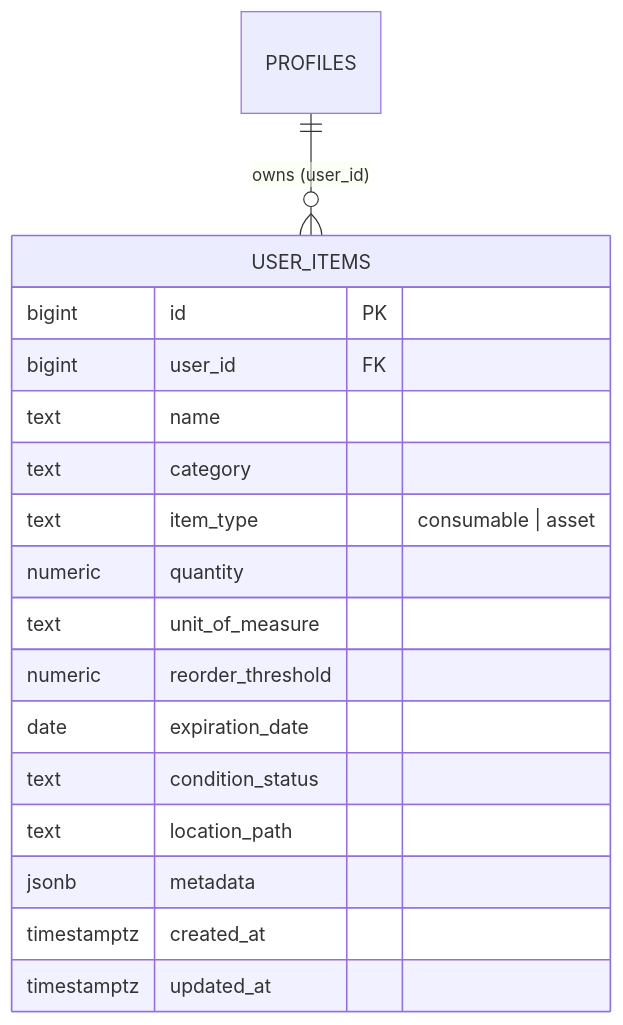
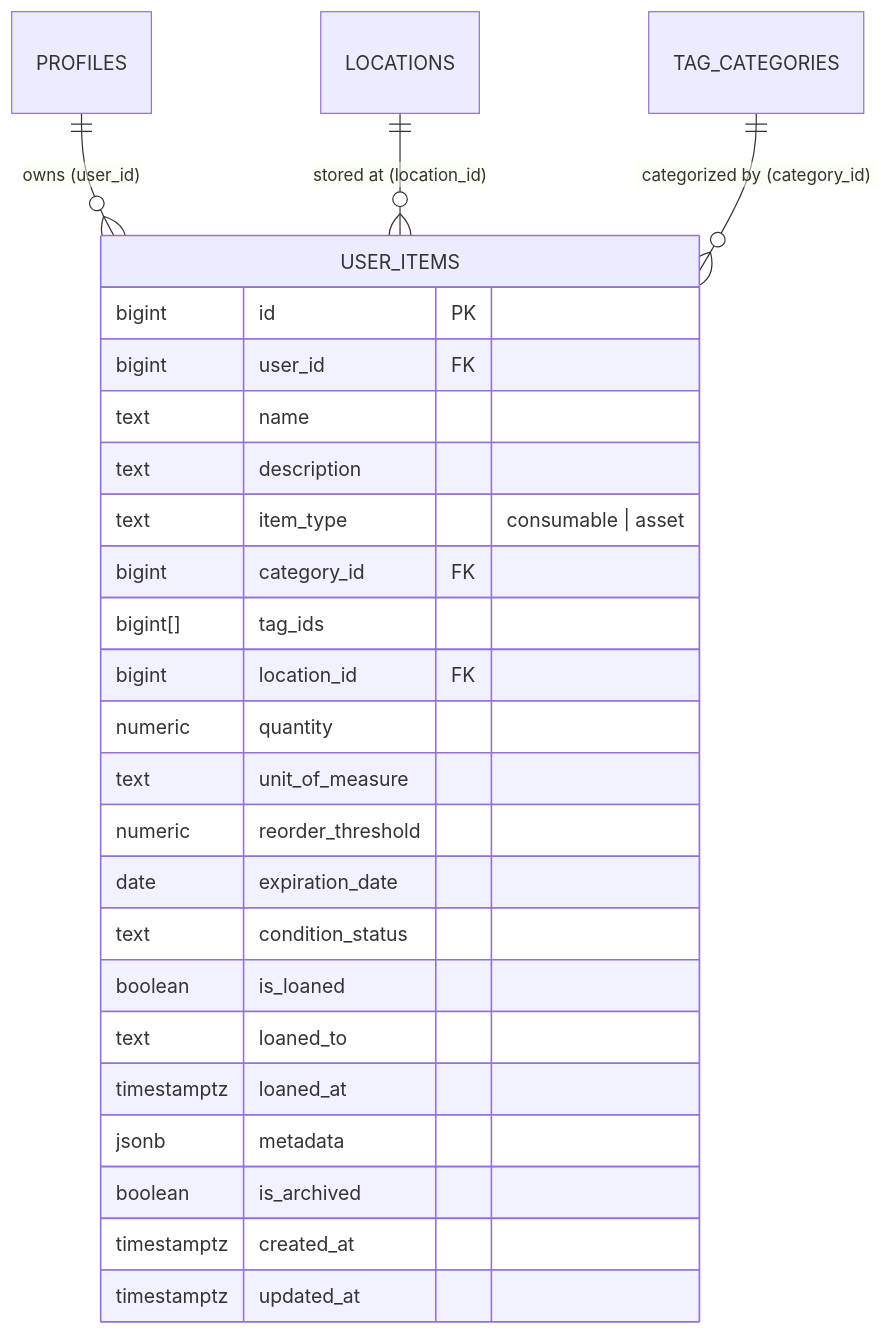
One commit to marceldavidbaroi/The-Commons changed the second of 2 diagrams in docs/features/homeops/spec.md. Above: the diagram before and after it, drawn with Mermaid. The commit also changed other lines of this file and 23 other files, not shown here.

````diff
--- a/docs/features/homeops/spec.md
+++ b/docs/features/homeops/spec.md
@@ -40,21 +42,29 @@
 ```mermaid
 erDiagram
     PROFILES ||--o{ USER_ITEMS : "owns (user_id)"
+    LOCATIONS ||--o{ USER_ITEMS : "stored at (location_id)"
+    TAG_CATEGORIES ||--o{ USER_ITEMS : "categorized by (category_id)"
 
     USER_ITEMS {
         bigint id PK
         bigint user_id FK
         text name
-        text category
+        text description
         text item_type "consumable | asset"
+        bigint category_id FK
+        bigint[] tag_ids
+        bigint location_id FK
         numeric quantity
         text unit_of_measure
         numeric reorder_threshold
         date expiration_date
         text condition_status
-        text location_path
+        boolean is_loaned
+        text loaned_to
+        timestamptz loaned_at
         jsonb metadata
+        boolean is_archived
         timestamptz created_at
         timestamptz updated_at
     }
 ```
````
